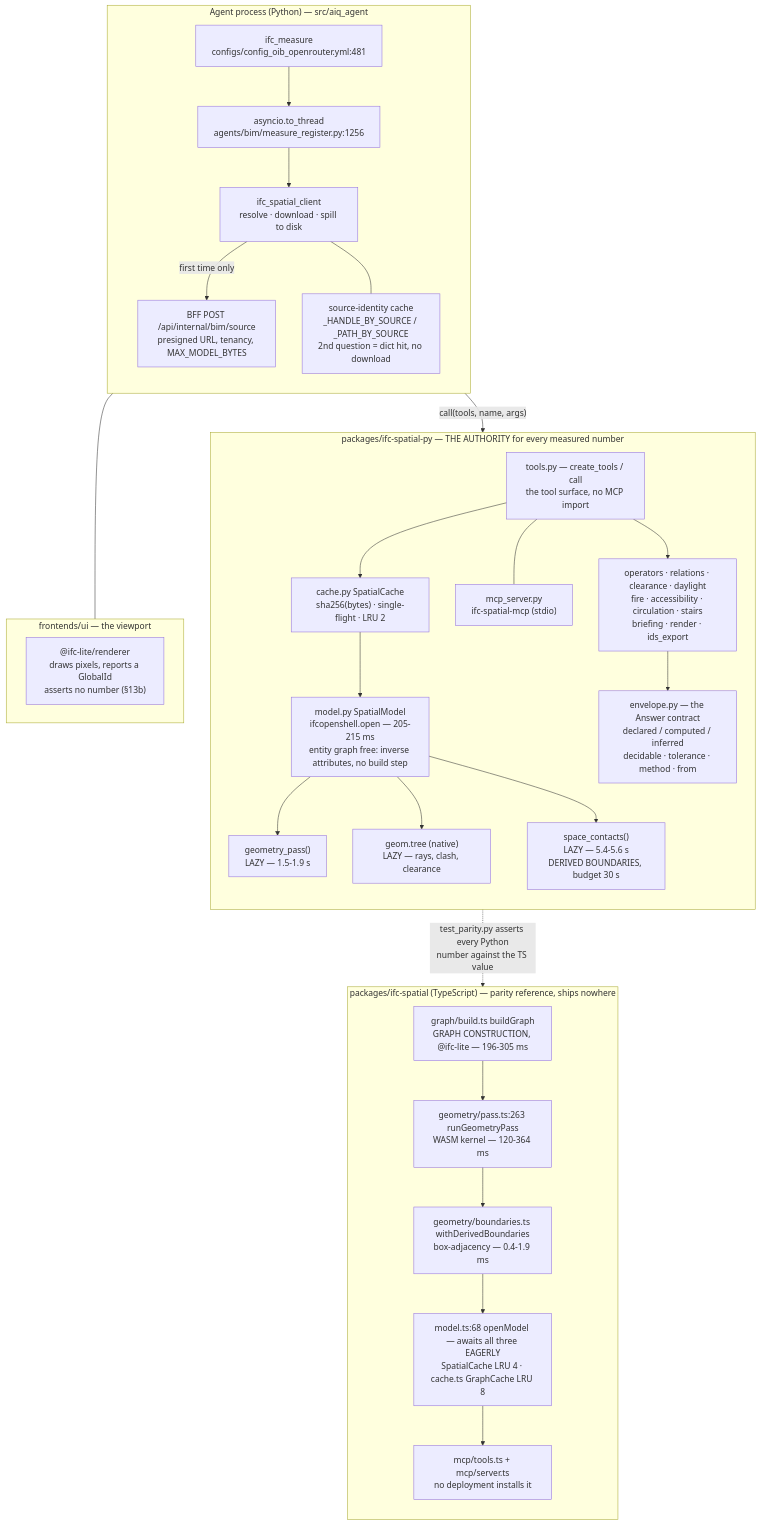
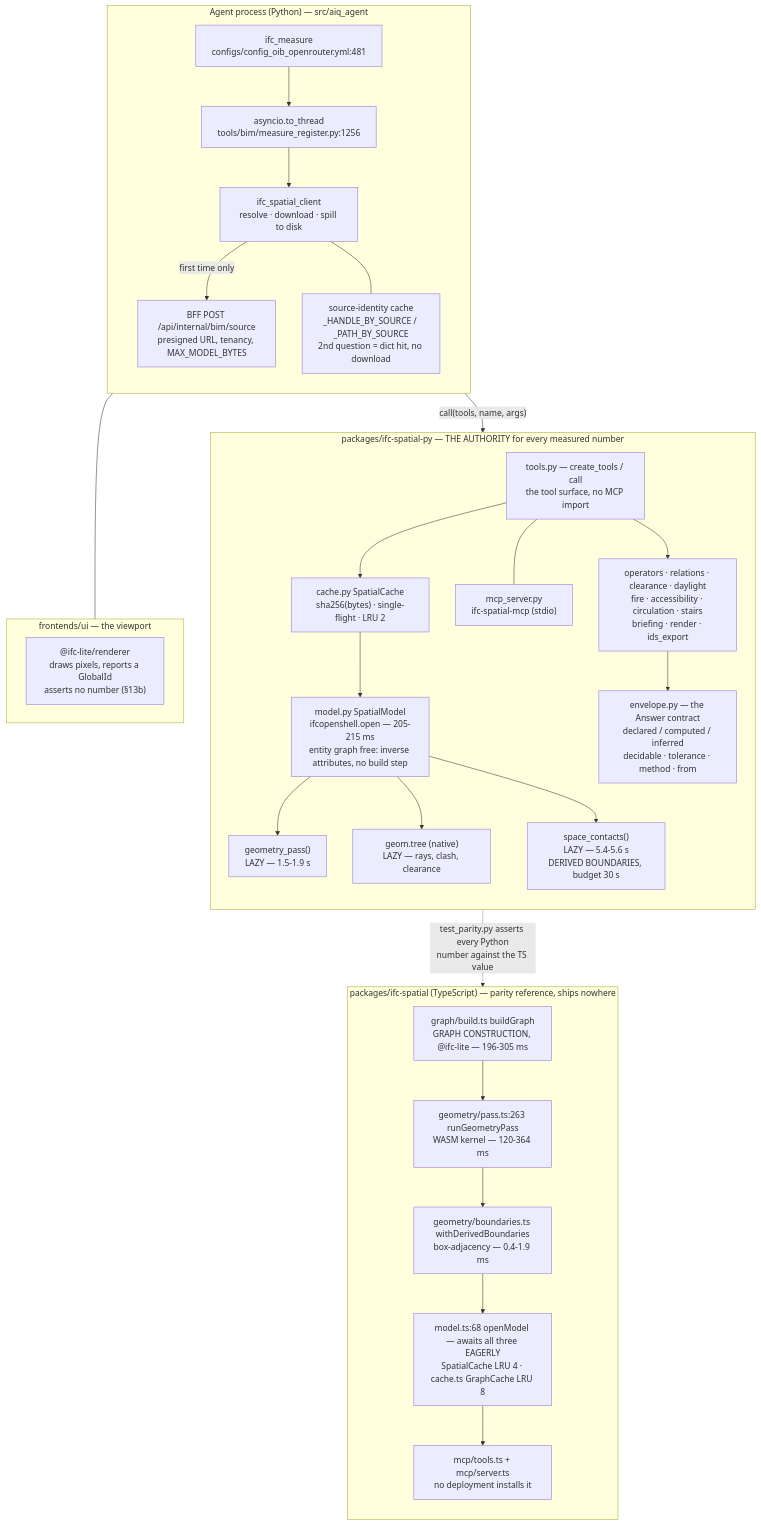
The diagram in docs/roadmap/agent-spatial-reasoning.md (GRID-check/grid-oib-agent), drawn with Mermaid before and after one commit. The commit also changed other lines of this file and 86 other files, not shown here.

````diff
--- a/docs/roadmap/agent-spatial-reasoning.md
+++ b/docs/roadmap/agent-spatial-reasoning.md
@@ -611,51 +611,51 @@
 ```mermaid
 flowchart TB
     subgraph AGENT["Agent process (Python) — src/aiq_agent"]
         direction TB
         A1["ifc_measure<br/>configs/config_oib_openrouter.yml:481"]
-        A2["asyncio.to_thread<br/>agents/bim/measure_register.py:1256"]
+        A2["asyncio.to_thread<br/>tools/bim/measure_register.py:1256"]
         A3["ifc_spatial_client<br/>resolve · download · spill to disk"]
         A4["BFF POST /api/internal/bim/source<br/>presigned URL, tenancy, MAX_MODEL_BYTES"]
         A5["source-identity cache<br/>_HANDLE_BY_SOURCE / _PATH_BY_SOURCE<br/>2nd question = dict hit, no download"]
         A1 --> A2 --> A3
         A3 -->|"first time only"| A4
         A3 --- A5
     end
 
     subgraph PY["packages/ifc-spatial-py — THE AUTHORITY for every measured number"]
         direction TB
         P1["tools.py — create_tools / call<br/>the tool surface, no MCP import"]
         P2["mcp_server.py<br/>ifc-spatial-mcp (stdio)"]
         P3["cache.py SpatialCache<br/>sha256(bytes) · single-flight · LRU 2"]
         P4["model.py SpatialModel<br/>ifcopenshell.open — 205-215 ms<br/>entity graph free: inverse attributes, no build step"]
         P5["geometry_pass()<br/>LAZY — 1.5-1.9 s"]
         P6["geom.tree (native)<br/>LAZY — rays, clash, clearance"]
         P7["space_contacts()<br/>LAZY — 5.4-5.6 s<br/>DERIVED BOUNDARIES, budget 30 s"]
         P8["operators · relations · clearance · daylight<br/>fire · accessibility · circulation · stairs<br/>briefing · render · ids_export"]
         P9["envelope.py — the Answer contract<br/>declared / computed / inferred<br/>decidable · tolerance · method · from"]
         P1 --> P3 --> P4
         P1 --- P2
         P4 --> P5
         P4 --> P6
         P4 --> P7
         P1 --> P8 --> P9
     end
 
     subgraph TS["packages/ifc-spatial (TypeScript) — parity reference, ships nowhere"]
         direction TB
         T1["graph/build.ts buildGraph<br/>GRAPH CONSTRUCTION, @ifc-lite — 196-305 ms"]
         T2["geometry/pass.ts:263 runGeometryPass<br/>WASM kernel — 120-364 ms"]
         T3["geometry/boundaries.ts withDerivedBoundaries<br/>box-adjacency — 0.4-1.9 ms"]
         T4["model.ts:68 openModel — awaits all three EAGERLY<br/>SpatialCache LRU 4 · cache.ts GraphCache LRU 8"]
         T5["mcp/tools.ts + mcp/server.ts<br/>no deployment installs it"]
         T1 --> T2 --> T3 --> T4 --> T5
     end
 
     subgraph UI["frontends/ui — the viewport"]
         V1["@ifc-lite/renderer<br/>draws pixels, reports a GlobalId<br/>asserts no number (§13b)"]
     end
 
     A3 -->|"call(tools, name, args)"| P1
     P8 -.->|"test_parity.py asserts every Python<br/>number against the TS value"| T1
     A4 --- UI
 ```
````
